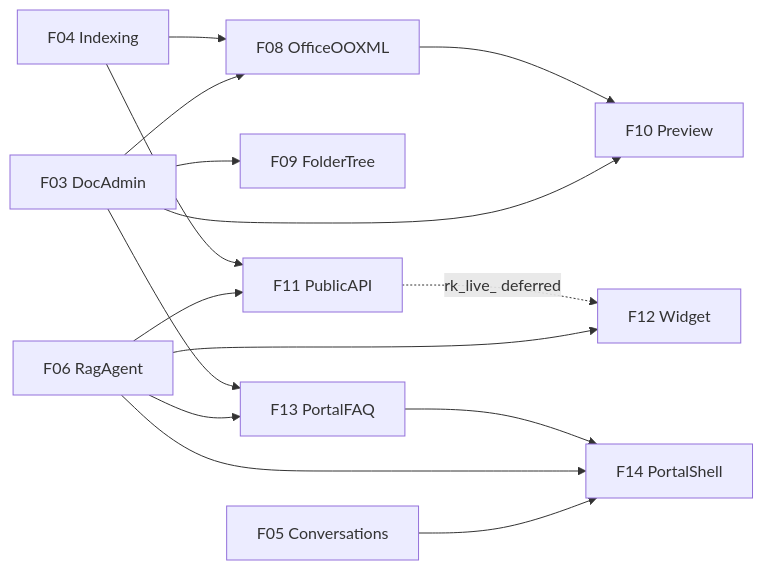
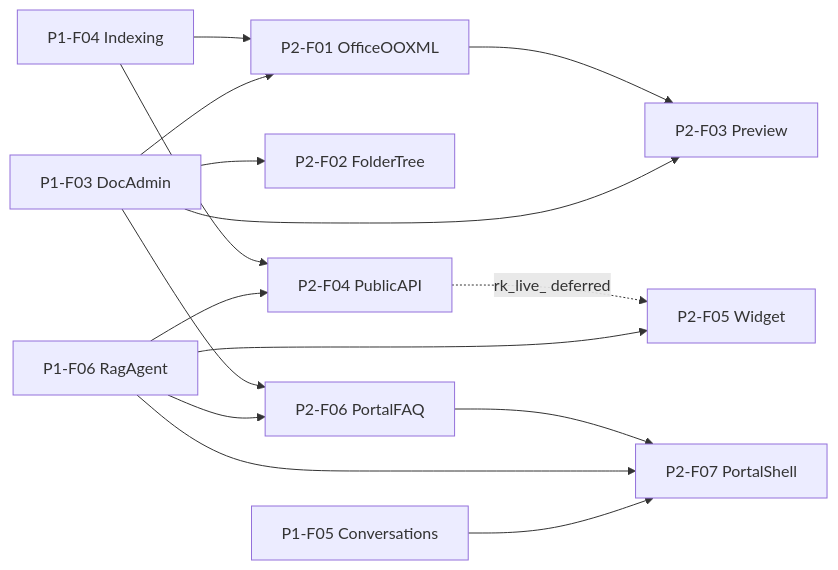
The diagram in docs/specs/phase2/01-feature-list.md (zmisi/rag-as-service), drawn with Mermaid before and after one commit. The commit also changed other lines of this file and 35 other files, not shown here.

````diff
--- a/docs/specs/phase2/01-feature-list.md
+++ b/docs/specs/phase2/01-feature-list.md
@@ -16,17 +16,17 @@
 ```mermaid
 flowchart LR
-  F03[F03 DocAdmin] --> F08[F08 OfficeOOXML]
-  F04[F04 Indexing] --> F08
-  F03 --> F09[F09 FolderTree]
-  F03 --> F10[F10 Preview]
-  F08 --> F10
-  F06[F06 RagAgent] --> F11[F11 PublicAPI]
-  F04 --> F11
-  F06 --> F12[F12 Widget]
-  F11 -.->|rk_live_ deferred| F12
-  F06 --> F13[F13 PortalFAQ]
-  F03 --> F13
-  F05[F05 Conversations] --> F14[F14 PortalShell]
-  F06 --> F14
-  F13 --> F14
+  P1-F03[P1-F03 DocAdmin] --> P2-F01[P2-F01 OfficeOOXML]
+  P1-F04[P1-F04 Indexing] --> P2-F01
+  P1-F03 --> P2-F02[P2-F02 FolderTree]
+  P1-F03 --> P2-F03[P2-F03 Preview]
+  P2-F01 --> P2-F03
+  P1-F06[P1-F06 RagAgent] --> P2-F04[P2-F04 PublicAPI]
+  P1-F04 --> P2-F04
+  P1-F06 --> P2-F05[P2-F05 Widget]
+  P2-F04 -.->|rk_live_ deferred| P2-F05
+  P1-F06 --> P2-F06[P2-F06 PortalFAQ]
+  P1-F03 --> P2-F06
+  P1-F05[P1-F05 Conversations] --> P2-F07[P2-F07 PortalShell]
+  P1-F06 --> P2-F07
+  P2-F06 --> P2-F07
 ```
````
